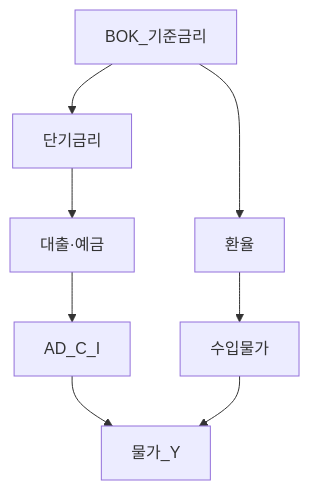
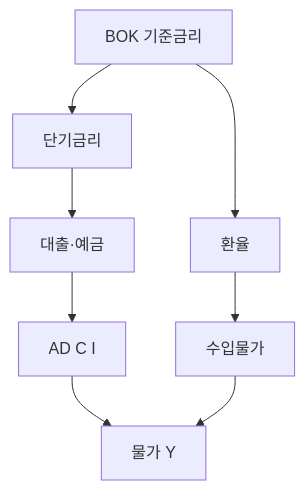
The third of 3 diagrams in 02-economics/macro-02-money-inflation.md (goldanghenry/Finances), drawn with Mermaid before and after one commit. The commit also changed other lines of this file and 211 other files, not shown here.

````diff
--- a/02-economics/macro-02-money-inflation.md
+++ b/02-economics/macro-02-money-inflation.md
@@ -521,10 +585,10 @@
 ```mermaid
 flowchart TD
-  BOK[BOK_기준금리] --> Short[단기금리]
+  BOK["BOK 기준금리"] --> Short[단기금리]
   Short --> Loan[대출·예금]
-  Loan --> AD[AD_C_I]
-  AD --> P[물가_Y]
+  Loan --> AD["AD C I"]
+  AD --> P["물가 Y"]
   BOK --> FX[환율]
   FX --> Import[수입물가]
   Import --> P
 ```
````
